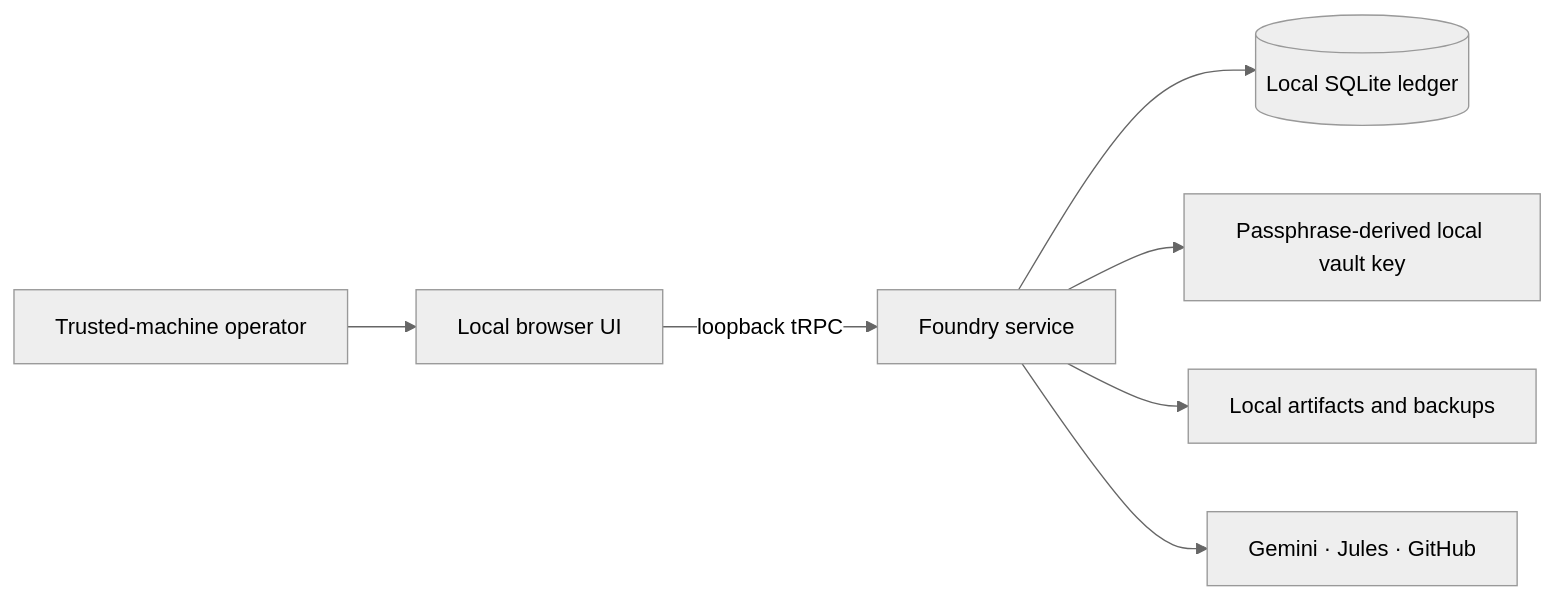
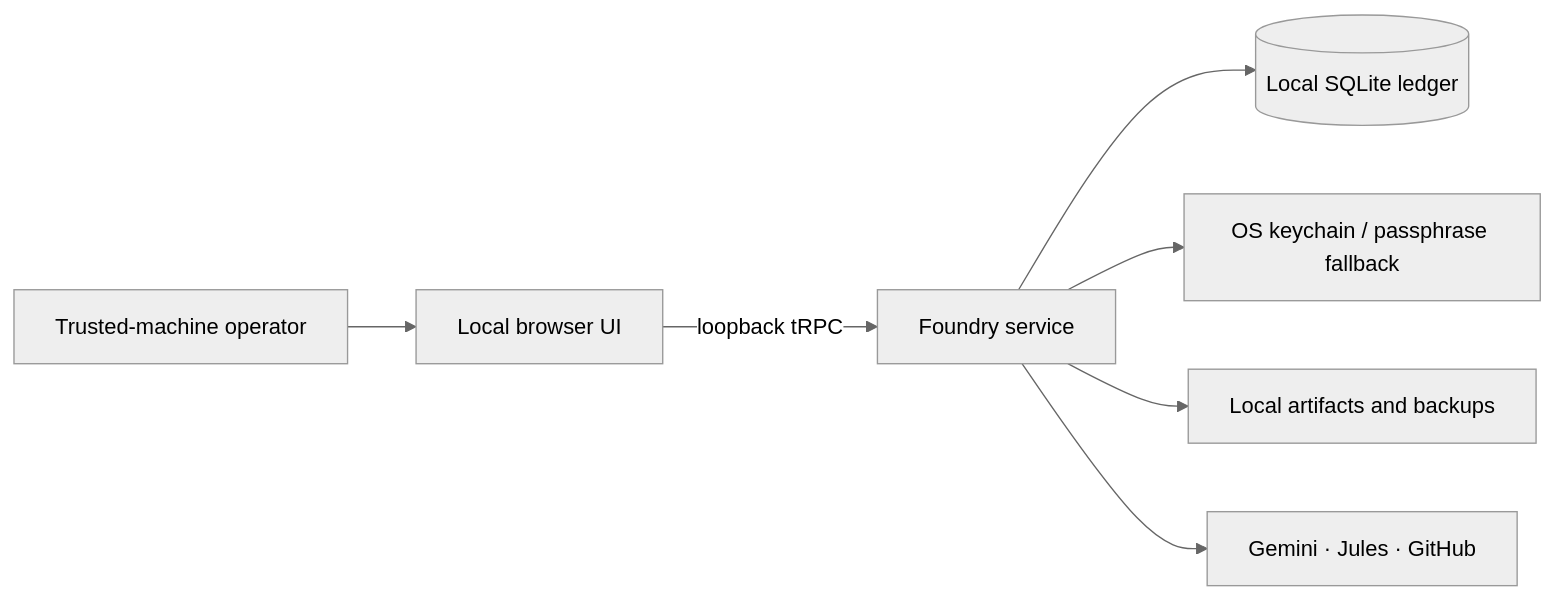
Before and after one commit to Brian125bot/jules-foundry: the diagram in README.md, drawn with Mermaid (neutral theme). The commit also changed other lines of this file and 40 other files, not shown here.

````diff
--- a/README.md
+++ b/README.md
@@ -9,9 +9,9 @@
 ```mermaid
 flowchart LR
   Operator[Trusted-machine operator] --> Browser[Local browser UI]
   Browser -->|loopback tRPC| Foundry[Foundry service]
   Foundry --> SQLite[(Local SQLite ledger)]
-  Foundry --> Vault[Passphrase-derived local vault key]
+  Foundry --> Vault[OS keychain / passphrase fallback]
   Foundry --> Artifacts[Local artifacts and backups]
   Foundry --> Providers[Gemini · Jules · GitHub]
 ```
````
